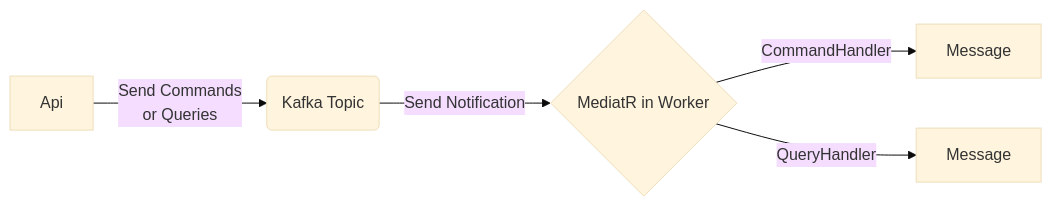
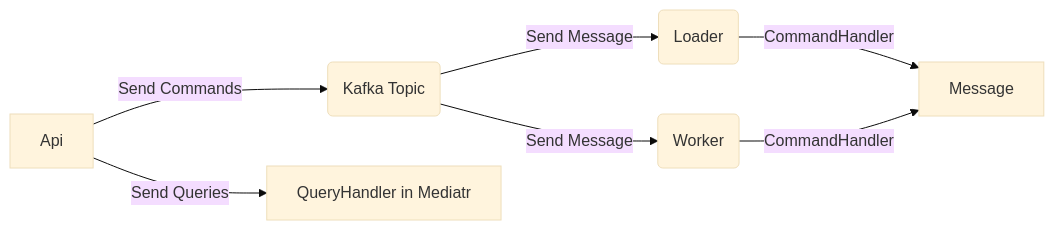
Before and after one commit to luanmds/kafka-dotnet-study: the first of 4 diagrams in sample-02/README.md, drawn with Mermaid (base theme). The commit also changed other lines of this file and 55 other files, not shown here.

````diff
--- a/sample-02/README.md
+++ b/sample-02/README.md
@@ -12,7 +21,10 @@
 ```mermaid
     graph LR
-        A[Api] -->|Send Commands <br/> or Queries| B(Kafka Topic);
-        B -->|Send Notification| C{MediatR in Worker};
-        C -->|CommandHandler| D[Message];
-        C -->|QueryHandler| E[Message];
+        A[Api] -->|Send Commands <br/>| B(Kafka Topic);
+        A -->|Send Queries| F[QueryHandler in Mediatr];
+        B -->|Send Message| C(Loader);
+        B -->|Send Message| D(Worker);
+        C -->|CommandHandler| E[Message];
+        
+        D -->|CommandHandler| E[Message];
 ```
````
